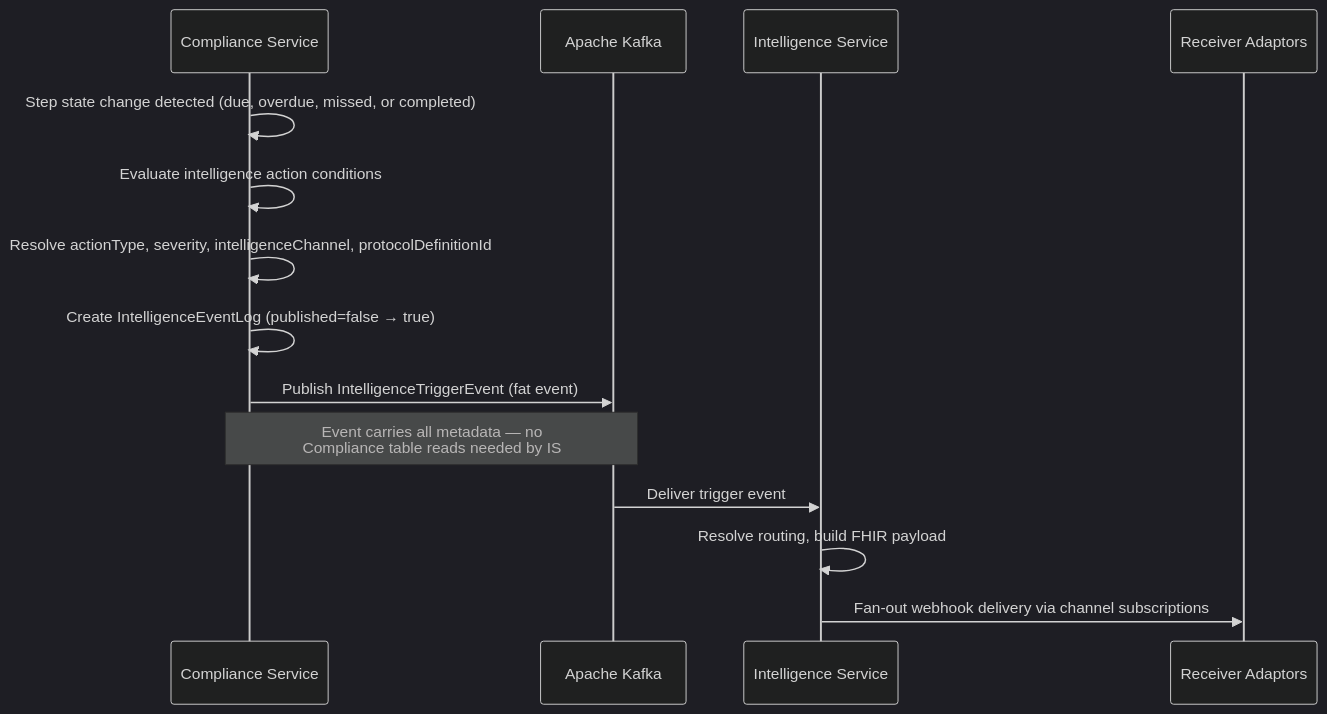
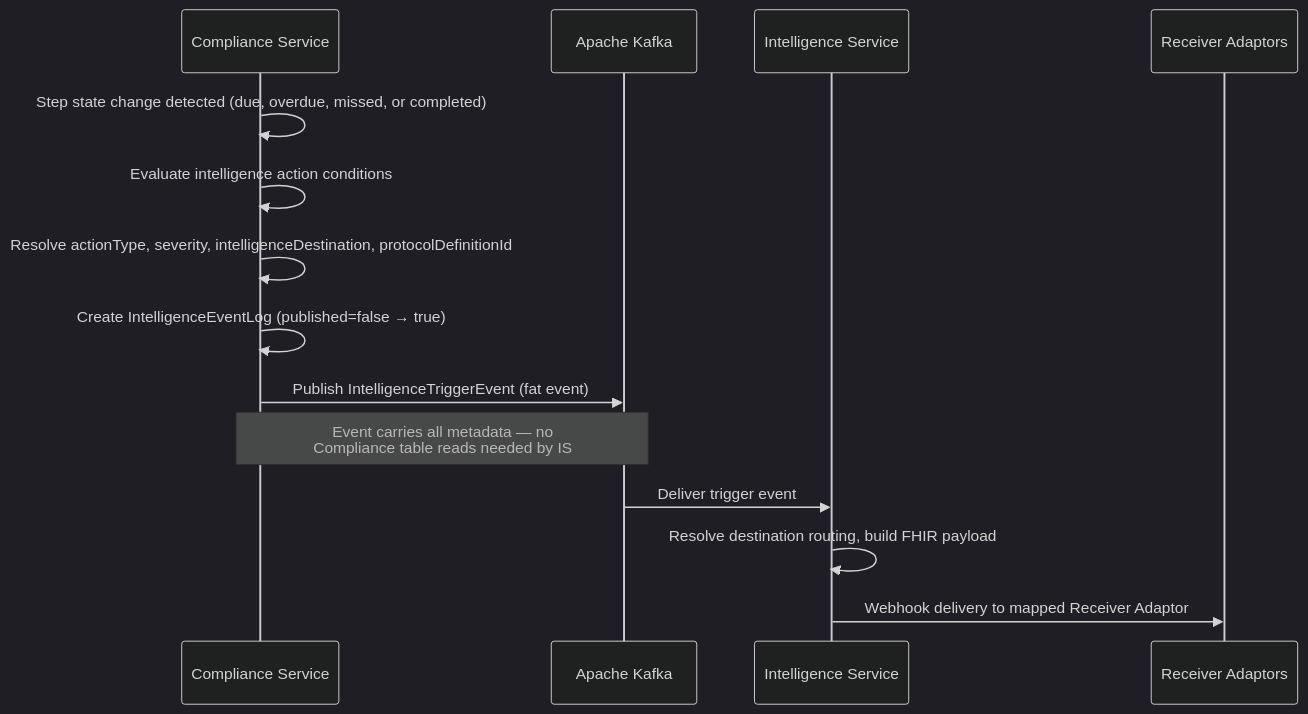
The second of 6 diagrams in docs/architecture-overview.md (Jayaprakash8887/cce-intelligence-service), drawn with Mermaid (dark theme) before and after one commit. The commit also changed other lines of this file and 39 other files, not shown here.

First line of the commit message:
feat: Refactor channel subscription to destination adaptor mapping

````diff
--- a/docs/architecture-overview.md
+++ b/docs/architecture-overview.md
@@ -67,17 +67,17 @@
 ```mermaid
 sequenceDiagram
     participant CS as Compliance Service
     participant Kafka as Apache Kafka
     participant IS as Intelligence Service
     participant RA as Receiver Adaptors
 
     CS->>CS: Step state change detected (due, overdue, missed, or completed)
     CS->>CS: Evaluate intelligence action conditions
-    CS->>CS: Resolve actionType, severity, intelligenceChannel, protocolDefinitionId
+    CS->>CS: Resolve actionType, severity, intelligenceDestination, protocolDefinitionId
     CS->>CS: Create IntelligenceEventLog (published=false → true)
     CS->>Kafka: Publish IntelligenceTriggerEvent (fat event)
     Note over CS,Kafka: Event carries all metadata — no<br/>Compliance table reads needed by IS
     Kafka->>IS: Deliver trigger event
-    IS->>IS: Resolve routing, build FHIR payload
-    IS->>RA: Fan-out webhook delivery via channel subscriptions
+    IS->>IS: Resolve destination routing, build FHIR payload
+    IS->>RA: Webhook delivery to mapped Receiver Adaptor
 ```
````
